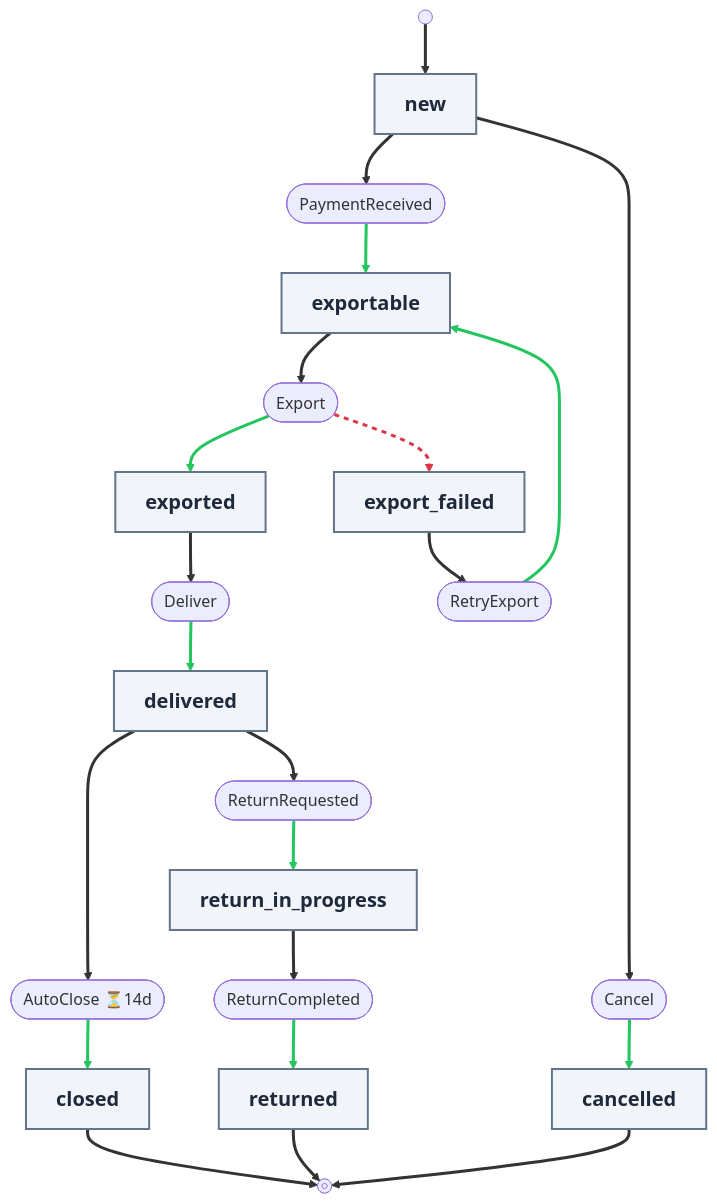
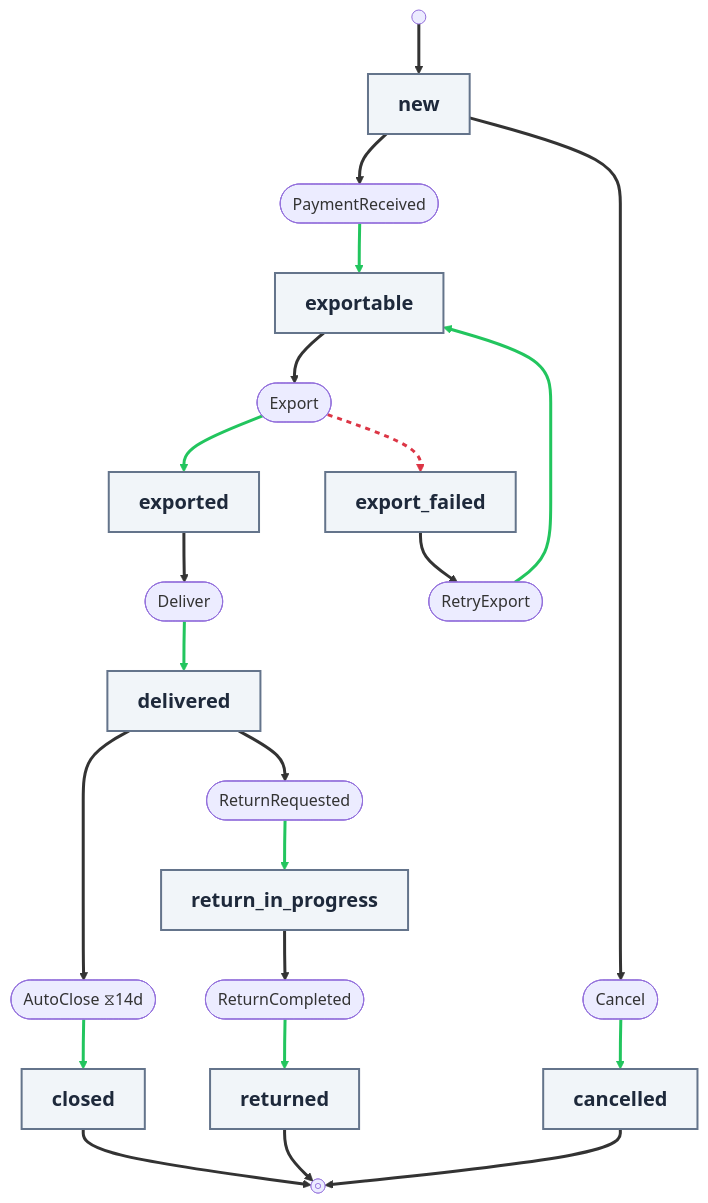
The diagram in docs/workflow-definitions.md (camcima/duraflows), drawn with Mermaid before and after one commit. The commit also changed 4 other files, not shown here.

First line of the commit message:
style: use simpler Unicode symbols for diagram icons

````diff
--- a/docs/workflow-definitions.md
+++ b/docs/workflow-definitions.md
@@ -432,58 +432,58 @@
 ```mermaid
 flowchart TB
 
     classDef stateNode fill:#f1f5f9,stroke:#64748b,stroke-width:2px,color:#1e293b,font-size:20px
 
     _start@{ shape: sm-circ }
     new["<b>new</b>"]:::stateNode
     exportable["<b>exportable</b>"]:::stateNode
     exported["<b>exported</b>"]:::stateNode
     delivered["<b>delivered</b>"]:::stateNode
     closed["<b>closed</b>"]:::stateNode
     cancelled["<b>cancelled</b>"]:::stateNode
     export_failed["<b>export_failed</b>"]:::stateNode
     return_in_progress["<b>return_in_progress</b>"]:::stateNode
     returned["<b>returned</b>"]:::stateNode
     _end@{ shape: framed-circle }
 
     _start --> new
 
     new__PaymentReceived(["PaymentReceived"])
     new --> new__PaymentReceived
     new__PaymentReceived --> exportable
     new__Cancel(["Cancel"])
     new --> new__Cancel
     new__Cancel --> cancelled
 
     exportable__Export(["Export"])
     exportable --> exportable__Export
     exportable__Export --> exported
     exportable__Export --> export_failed
 
     exported__Deliver(["Deliver"])
     exported --> exported__Deliver
     exported__Deliver --> delivered
 
-    delivered__AutoClose(["AutoClose ⏳14d"])
+    delivered__AutoClose(["AutoClose ⧖14d"])
     delivered --> delivered__AutoClose
     delivered__AutoClose --> closed
     delivered__ReturnRequested(["ReturnRequested"])
     delivered --> delivered__ReturnRequested
     delivered__ReturnRequested --> return_in_progress
 
     export_failed__RetryExport(["RetryExport"])
     export_failed --> export_failed__RetryExport
     export_failed__RetryExport --> exportable
 
     return_in_progress__ReturnCompleted(["ReturnCompleted"])
     return_in_progress --> return_in_progress__ReturnCompleted
     return_in_progress__ReturnCompleted --> returned
 
     closed --> _end
     cancelled --> _end
     returned --> _end
 
     linkStyle 0,1,3,5,8,10,12,14,16,18,19,20 stroke-width:3px
     linkStyle 2,4,6,9,11,13,15,17 stroke:#22c55e,stroke-width:3px
     linkStyle 7 stroke:#dc3545,stroke-width:3px,stroke-dasharray:5
 ```
````
